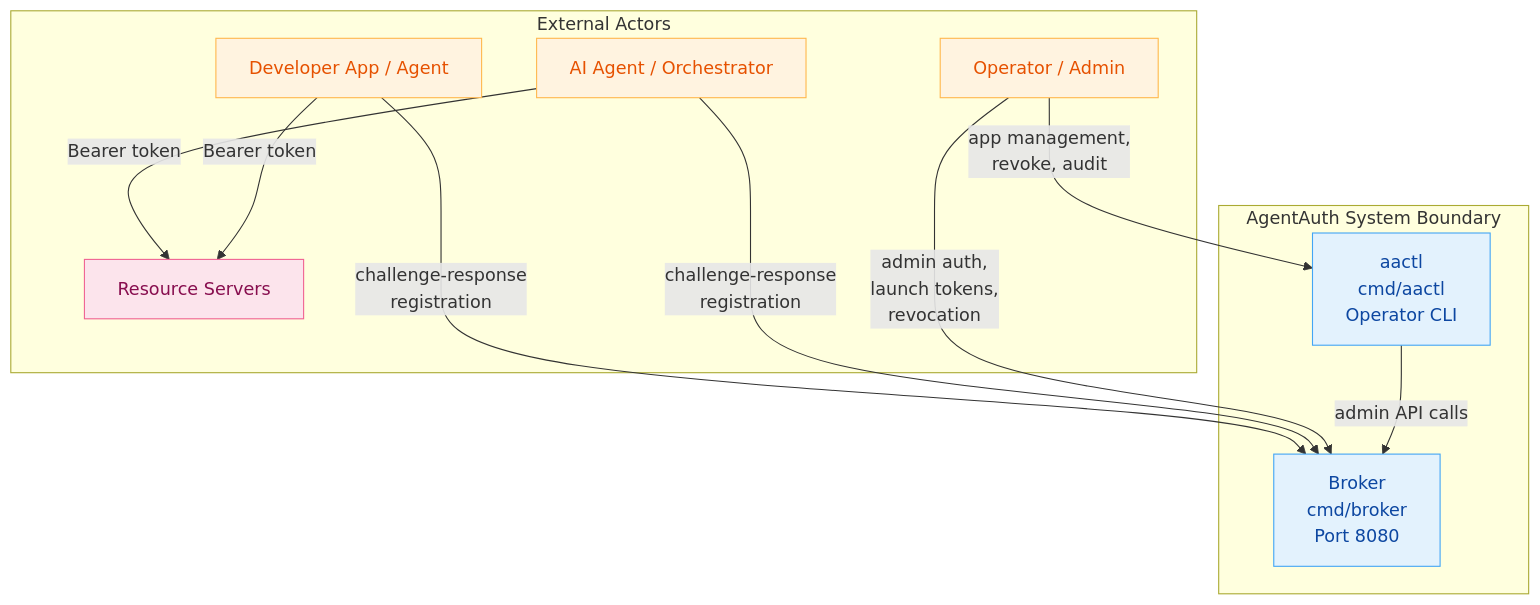
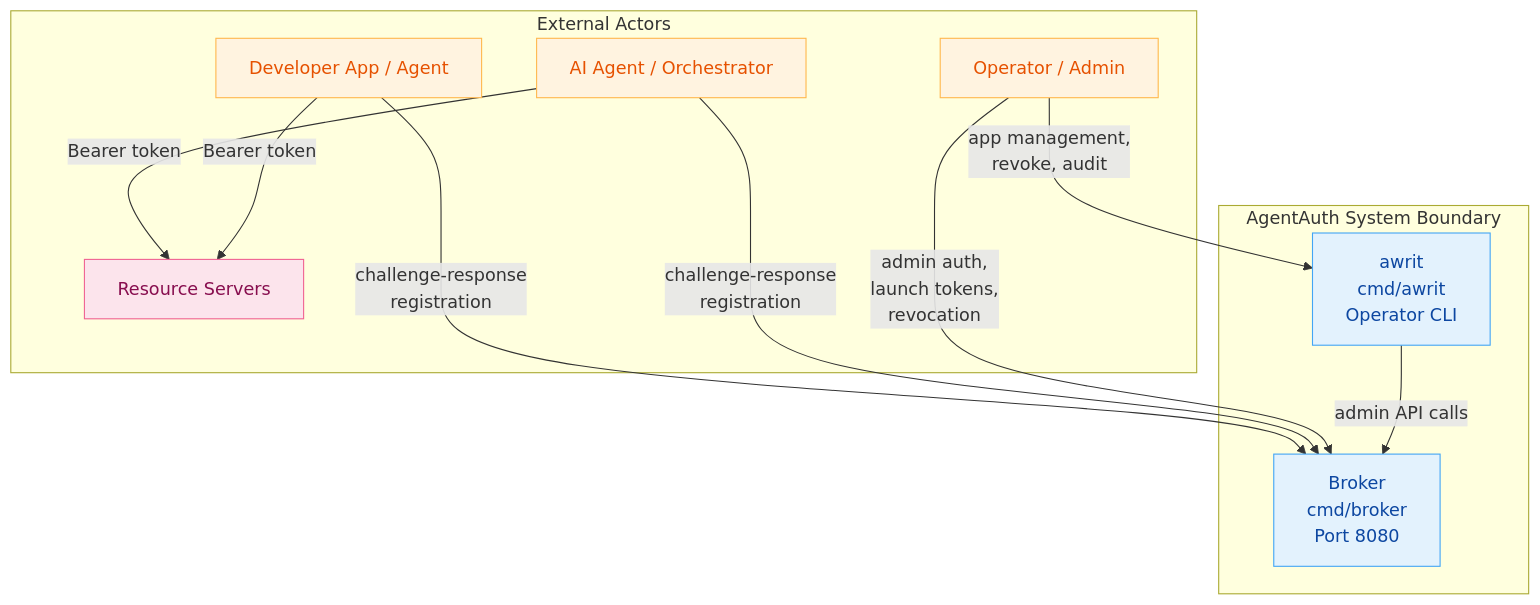
Before and after one commit to devonartis/agentwrit: the first of 7 diagrams in docs/architecture.md, drawn with Mermaid. The commit also changed other lines of this file and 42 other files, not shown here.

First line of the commit message:
fix(cli): rename aactl binary to awrit (TD-CLI-001)

````diff
--- a/docs/architecture.md
+++ b/docs/architecture.md
@@ -17,30 +17,30 @@
 ```mermaid
 flowchart TB
     subgraph External Actors
         DEV["Developer App / Agent"]
         AGENT["AI Agent / Orchestrator"]
         ADMIN["Operator / Admin"]
         RS["Resource Servers"]
     end
 
     subgraph AgentAuth["AgentAuth System Boundary"]
         BROKER["Broker\ncmd/broker\nPort 8080"]
-        AACTL["aactl\ncmd/aactl\nOperator CLI"]
+        AACTL["awrit\ncmd/awrit\nOperator CLI"]
     end
 
     DEV -- "challenge-response\nregistration" --> BROKER
     AGENT -- "challenge-response\nregistration" --> BROKER
     ADMIN -- "admin auth,\nlaunch tokens,\nrevocation" --> BROKER
     ADMIN -- "app management,\nrevoke, audit" --> AACTL
     AACTL -- "admin API calls" --> BROKER
     AGENT -- "Bearer token" --> RS
     DEV -- "Bearer token" --> RS
 
     classDef external fill:#fff3e0,stroke:#ffb74d,color:#e65100
     classDef control fill:#e3f2fd,stroke:#42a5f5,color:#0d47a1
     classDef resource fill:#fce4ec,stroke:#f06292,color:#880e4f
 
     class DEV,AGENT,ADMIN external
     class BROKER,AACTL control
     class RS resource
 ```
````
